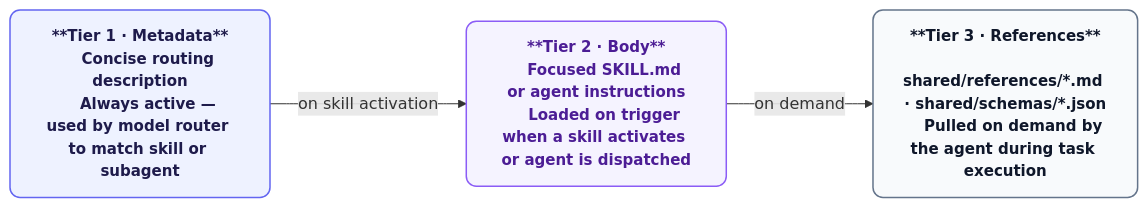
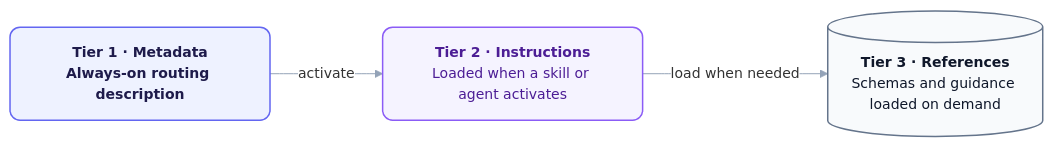
Before and after one commit to orin-dx/agent-plugins: the first of 7 diagrams in ARCHITECTURE.md, drawn with Mermaid. The commit also changed other lines of this file and 12 other files, not shown here.

Commit message:
docs: refresh Mermaid diagrams and visual standard

````diff
--- a/ARCHITECTURE.md
+++ b/ARCHITECTURE.md
@@ -11,26 +11,18 @@
 ```mermaid
-%%{init: {'flowchart': {'curve': 'basis', 'nodeSpacing': 40, 'rankSpacing': 56}}}%%
+%%{init: {'theme': 'base', 'flowchart': {'curve': 'basis', 'nodeSpacing': 40, 'rankSpacing': 56}, 'themeVariables': {'fontFamily': 'Inter, ui-sans-serif, system-ui, sans-serif', 'fontSize': '14px', 'lineColor': '#94a3b8', 'edgeLabelBackground': '#ffffff'}}}%%
 flowchart LR
-    classDef source fill:#eef2ff,stroke:#6366f1,stroke-width:1.5px,color:#1e1b4b,rx:10,ry:10,font-size:15px,font-weight:600;
-    classDef engine fill:#f5f3ff,stroke:#8b5cf6,stroke-width:1.5px,color:#4c1d95,rx:10,ry:10,font-size:15px,font-weight:600;
-    classDef store fill:#f8fafc,stroke:#64748b,stroke-width:1.5px,color:#0f172a,rx:10,ry:10,font-size:15px,font-weight:600;
+    classDef source fill:#eef2ff,stroke:#6366f1,stroke-width:1.5px,color:#1e1b4b,rx:10px,ry:10px,font-weight:600;
+    classDef engine fill:#f5f3ff,stroke:#8b5cf6,stroke-width:1.5px,color:#4c1d95,rx:10px,ry:10px;
+    classDef store fill:#f8fafc,stroke:#64748b,stroke-width:1.5px,color:#0f172a,rx:10px,ry:10px;
 
-    T1["**Tier 1 · Metadata**
-    Concise routing description
-    Always active — used by model router to match skill or subagent"]
+    T1["<b>Tier 1 · Metadata</b><br/>Always-on routing description"]
+    T2["<b>Tier 2 · Instructions</b><br/>Loaded when a skill or agent activates"]
+    T3[("<b>Tier 3 · References</b><br/>Schemas and guidance loaded on demand")]
 
-    T2["**Tier 2 · Body**
-    Focused SKILL.md or agent instructions
-    Loaded on trigger when a skill activates or agent is dispatched"]
-
-    T3["**Tier 3 · References**
-    shared/references/*.md · shared/schemas/*.json
-    Pulled on demand by the agent during task execution"]
-
-    T1 -->|on skill activation| T2
-    T2 -->|on demand| T3
+    T1 -->|"activate"| T2
+    T2 -->|"load when needed"| T3
 
     class T1 source
     class T2 engine
     class T3 store
 ```
````
